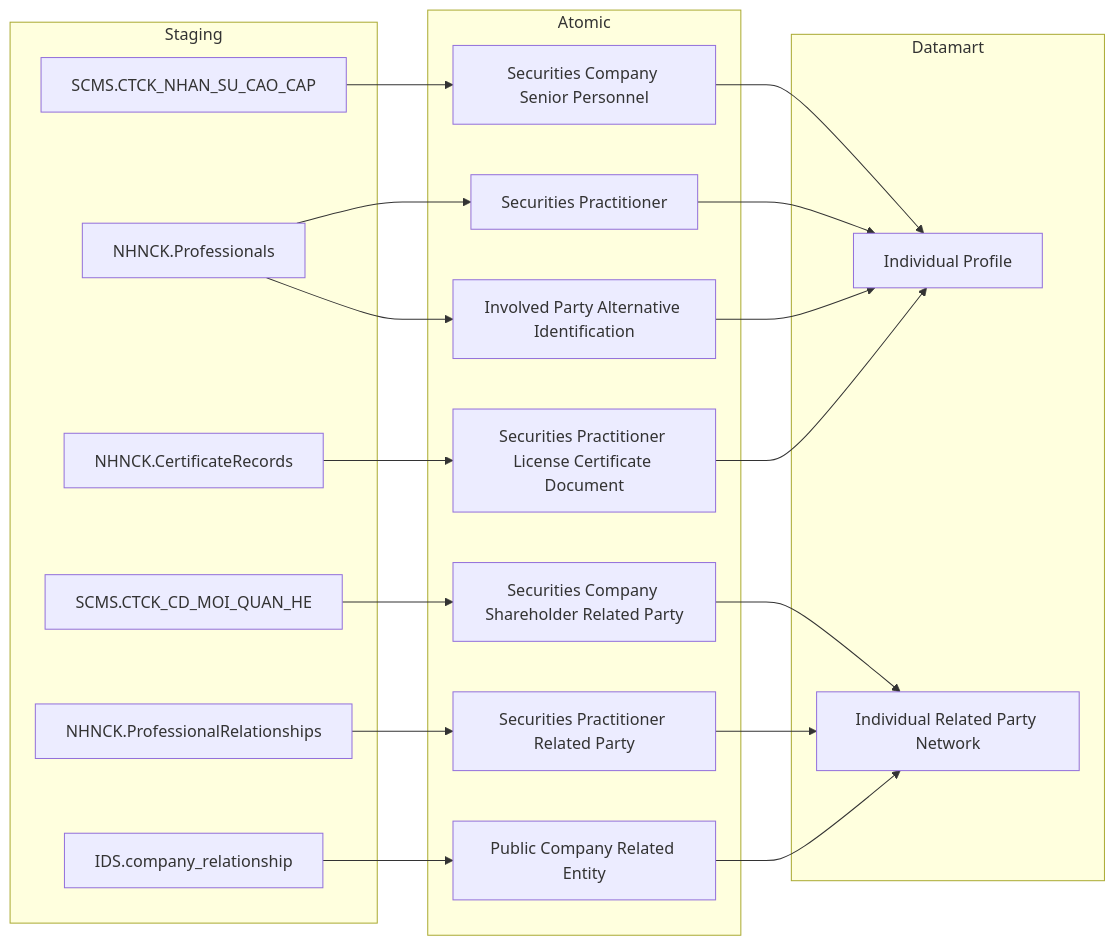
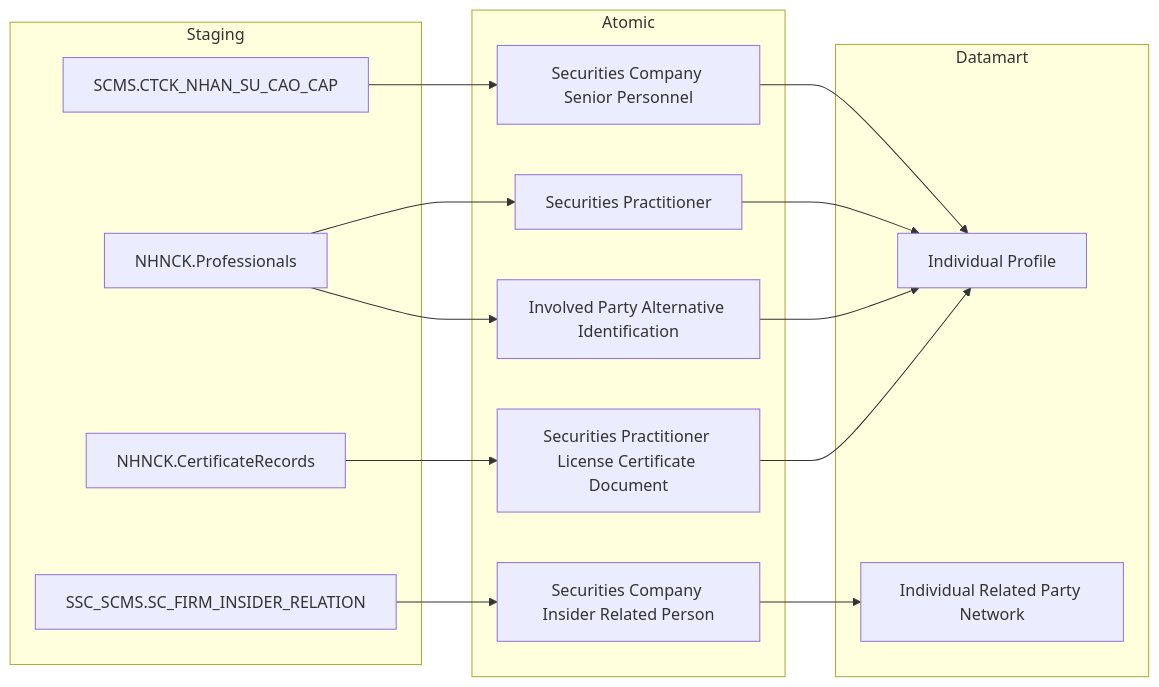
Diagram 15 of 30 in Datamart/hld/DTM_QLKD_HLD.md (linhlvit/ubck_atomic_design), drawn with Mermaid before and after one commit. The commit also changed other lines of this file and 35 other files, not shown here.

````diff
--- a/Datamart/hld/DTM_QLKD_HLD.md
+++ b/Datamart/hld/DTM_QLKD_HLD.md
@@ -519,42 +586,34 @@
 ```mermaid
 flowchart LR
     subgraph SRC["Staging"]
         S1["SCMS.CTCK_NHAN_SU_CAO_CAP"]
-        S2["SCMS.CTCK_CD_MOI_QUAN_HE"]
         S3["NHNCK.Professionals"]
-        S4["NHNCK.ProfessionalRelationships"]
         S5["NHNCK.CertificateRecords"]
-        S6["IDS.company_relationship"]
+        S6["SSC_SCMS.SC_FIRM_INSIDER_RELATION"]
     end
 
     subgraph SIL["Atomic"]
         SV1["Securities Company Senior Personnel"]
-        SV2["Securities Company Shareholder Related Party"]
         SV3["Securities Practitioner"]
-        SV4["Securities Practitioner Related Party"]
         SV5["Involved Party Alternative Identification"]
         SV6["Securities Practitioner License Certificate Document"]
-        SV7["Public Company Related Entity"]
+        SV7["Securities Company Insider Related Person"]
     end
 
     subgraph Datamart["Datamart"]
         G1["Individual Profile"]
         G2["Individual Related Party Network"]
     end
 
     S1 --> SV1
-    S2 --> SV2
     S3 --> SV3
-    S4 --> SV4
     S3 --> SV5
     S5 --> SV6
     S6 --> SV7
 
     SV1 --> G1
     SV3 --> G1
     SV5 --> G1
     SV6 --> G1
-    SV2 --> G2
-    SV4 --> G2
     SV7 --> G2
 ```
````
